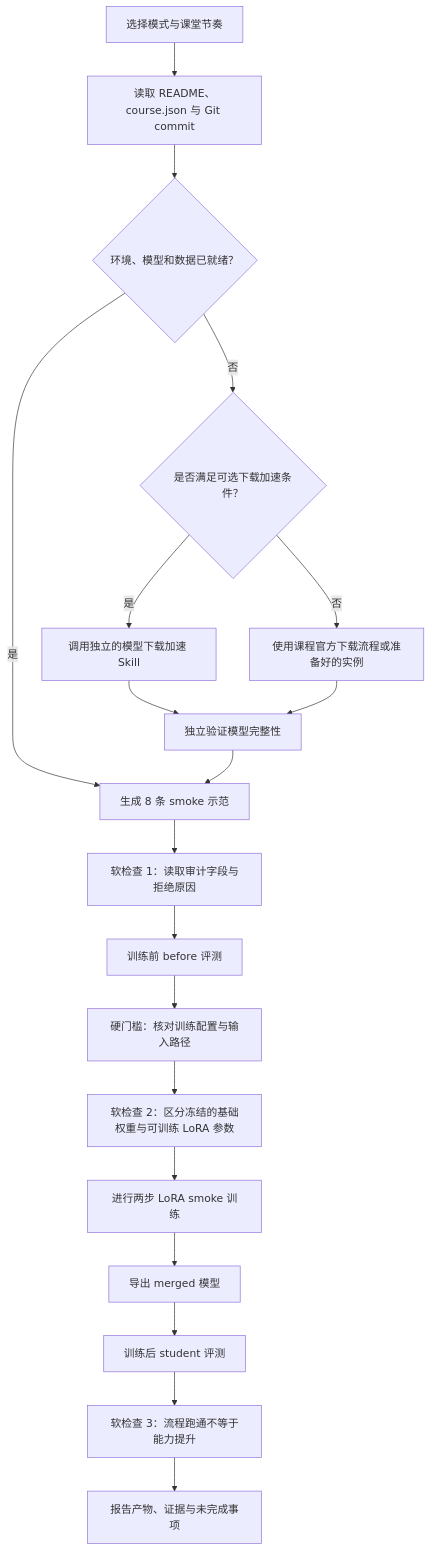
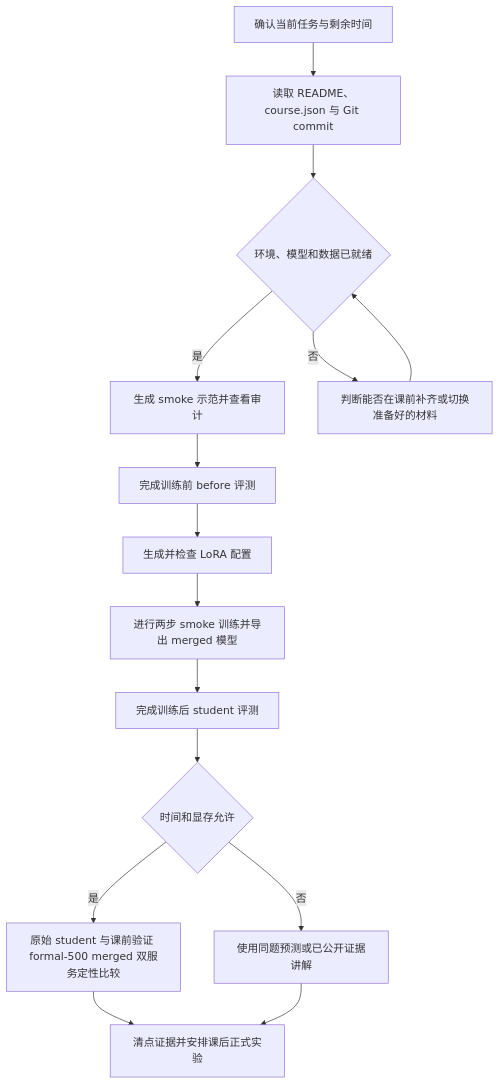
The diagram in README.md (Beirana/distillation-lab-coach), drawn with Mermaid before and after one commit. The commit also changed other lines of this file and 13 other files, not shown here.

````diff
--- a/README.md
+++ b/README.md
@@ -32,21 +38,17 @@
 ```mermaid
 flowchart TD
-    A[选择模式与课堂节奏] --> B[读取 README、course.json 与 Git commit]
-    B --> C{环境、模型和数据已就绪？}
-    C -- 是 --> D[生成 8 条 smoke 示范]
-    C -- 否 --> X{是否满足可选下载加速条件？}
-    X -- 是 --> Y[调用独立的模型下载加速 Skill]
-    X -- 否 --> Z[使用课程官方下载流程或准备好的实例]
-    Y --> V[独立验证模型完整性]
-    Z --> V
-    V --> D
-    D --> E[软检查 1：读取审计字段与拒绝原因]
-    E --> F[训练前 before 评测]
-    F --> G[硬门槛：核对训练配置与输入路径]
-    G --> G2[软检查 2：区分冻结的基础权重与可训练 LoRA 参数]
-    G2 --> H[进行两步 LoRA smoke 训练]
-    H --> I[导出 merged 模型]
-    I --> J[训练后 student 评测]
-    J --> K[软检查 3：流程跑通不等于能力提升]
-    K --> L[报告产物、证据与未完成事项]
+    A[确认当前任务与剩余时间] --> B[读取 README、course.json 与 Git commit]
+    B --> C{环境、模型和数据已就绪}
+    C -- 是 --> D[生成 smoke 示范并查看审计]
+    C -- 否 --> X[判断能否在课前补齐或切换准备好的材料]
+    X --> C
+    D --> E[完成训练前 before 评测]
+    E --> F[生成并检查 LoRA 配置]
+    F --> G[进行两步 smoke 训练并导出 merged 模型]
+    G --> H[完成训练后 student 评测]
+    H --> I{时间和显存允许}
+    I -- 是 --> J[原始 student 与课前验证 formal-500 merged 双服务定性比较]
+    I -- 否 --> K[使用同题预测或已公开证据讲解]
+    J --> L[清点证据并安排课后正式实验]
+    K --> L
 ```
````
